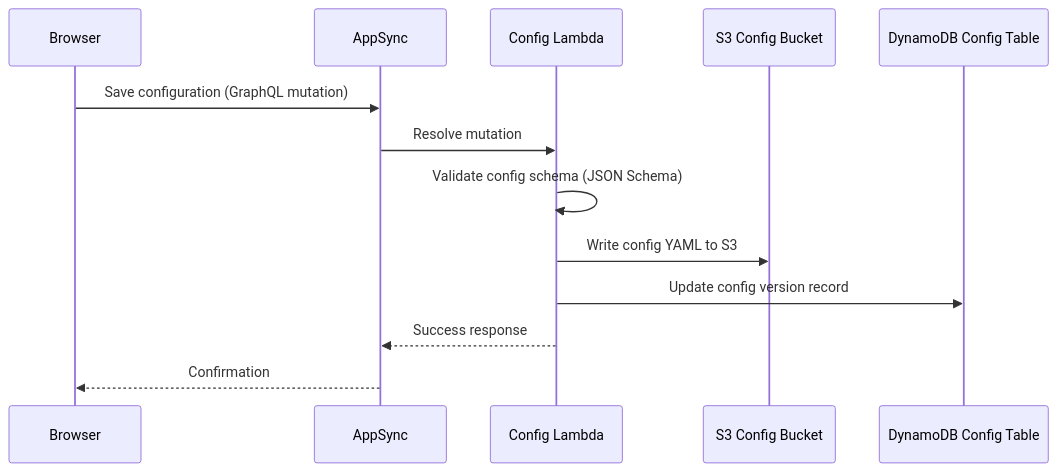
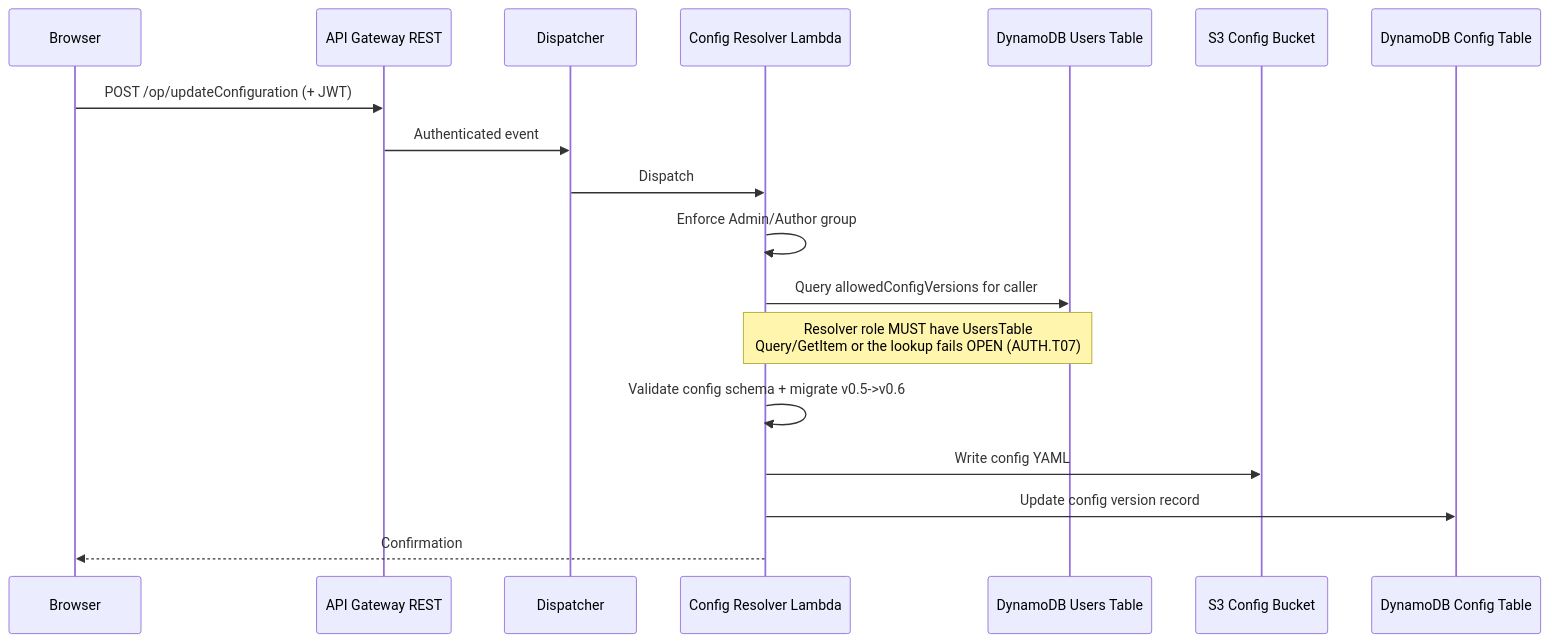
Before and after one commit to aws-samples/sample-genai-idp: the ninth of 22 diagrams in security/threat-modeling/architecture/data-flows.md, drawn with Mermaid. The commit also changed other lines of this file and 26 other files, not shown here.

````diff
--- a/security/threat-modeling/architecture/data-flows.md
+++ b/security/threat-modeling/architecture/data-flows.md
@@ -175,16 +299,21 @@
 ```mermaid
 sequenceDiagram
     participant Browser as Browser
-    participant AppSync as AppSync
-    participant Lambda as Config Lambda
+    participant APIGW as API Gateway REST
+    participant Disp as Dispatcher
+    participant Lambda as Config Resolver Lambda
+    participant Users as DynamoDB Users Table
     participant S3 as S3 Config Bucket
     participant DDB as DynamoDB Config Table
 
-    Browser->>AppSync: Save configuration (GraphQL mutation)
-    AppSync->>Lambda: Resolve mutation
-    Lambda->>Lambda: Validate config schema (JSON Schema)
-    Lambda->>S3: Write config YAML to S3
+    Browser->>APIGW: POST /op/updateConfiguration (+ JWT)
+    APIGW->>Disp: Authenticated event
+    Disp->>Lambda: Dispatch
+    Lambda->>Lambda: Enforce Admin/Author group
+    Lambda->>Users: Query allowedConfigVersions for caller
+    Note over Lambda,Users: Resolver role MUST have UsersTable<br/>Query/GetItem or the lookup fails OPEN (AUTH.T07)
+    Lambda->>Lambda: Validate config schema + migrate v0.5->v0.6
+    Lambda->>S3: Write config YAML
     Lambda->>DDB: Update config version record
-    Lambda-->>AppSync: Success response
-    AppSync-->>Browser: Confirmation
+    Lambda-->>Browser: Confirmation
 ```
````
